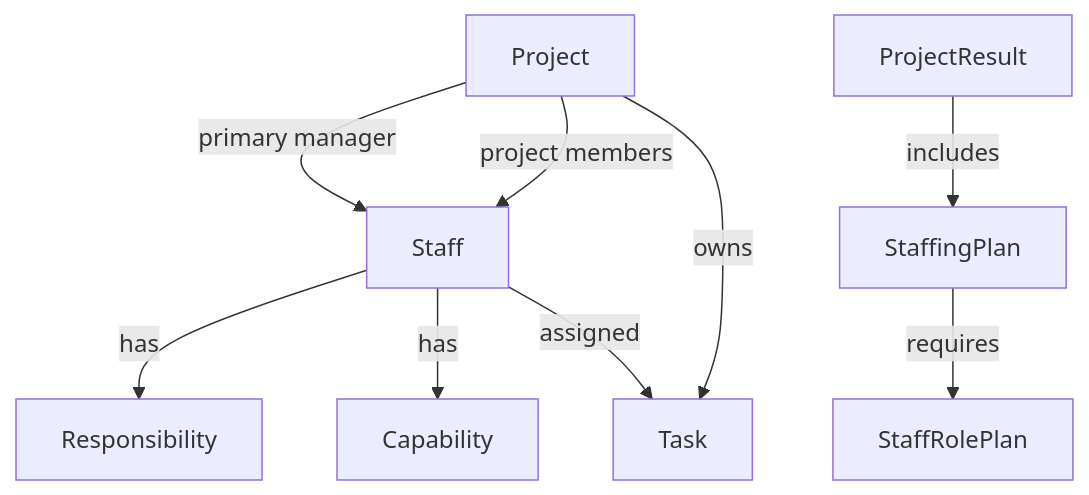
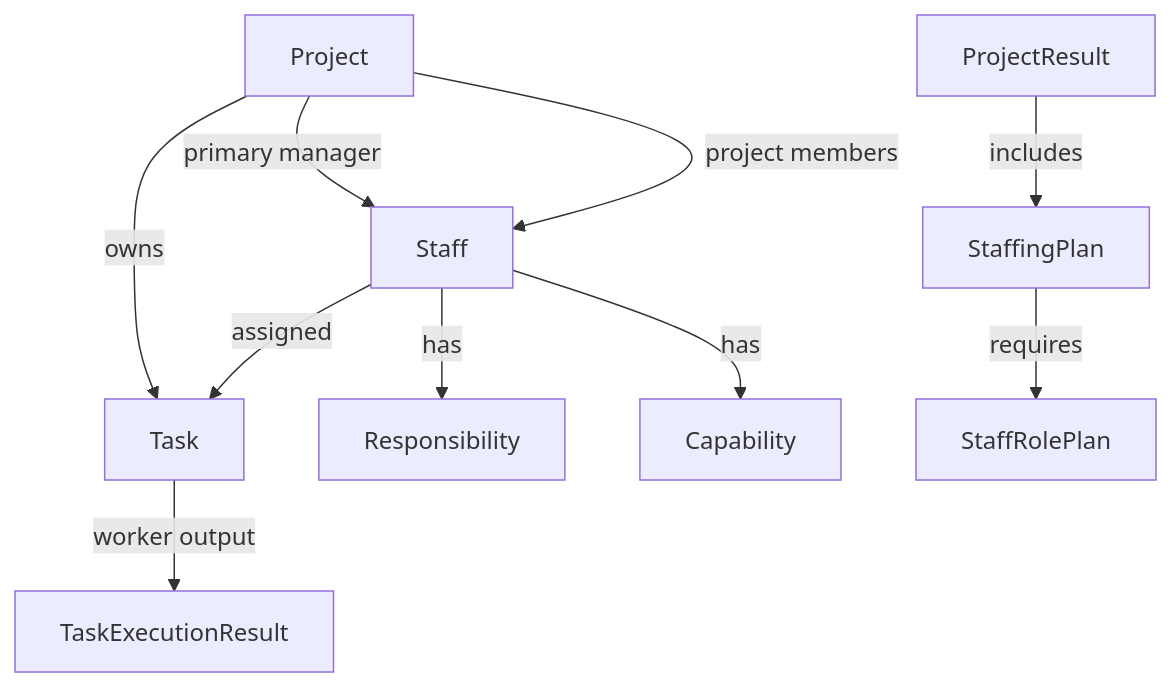
One commit to squredZ/lego_agent changed the third of 11 diagrams in docs/PROJECT_AGENT_DESIGN.md. Above: the diagram before and after it, drawn with Mermaid. The commit also changed other lines of this file and 28 other files, not shown here.

````diff
--- a/docs/PROJECT_AGENT_DESIGN.md
+++ b/docs/PROJECT_AGENT_DESIGN.md
@@ -135,20 +135,22 @@
 ```mermaid
 graph TD
     Project[Project]
     Staff[Staff]
     Task[Task]
     Responsibility[Responsibility]
     Capability[Capability]
     StaffingPlan[StaffingPlan]
     StaffRolePlan[StaffRolePlan]
     ProjectResult[ProjectResult]
+    TaskExecutionResult[TaskExecutionResult]
 
     Project -->|primary manager| Staff
     Project -->|project members| Staff
     Project -->|owns| Task
     Staff -->|has| Responsibility
     Staff -->|has| Capability
     Staff -->|assigned| Task
     ProjectResult -->|includes| StaffingPlan
     StaffingPlan -->|requires| StaffRolePlan
+    Task -->|worker output| TaskExecutionResult
 ```
````
